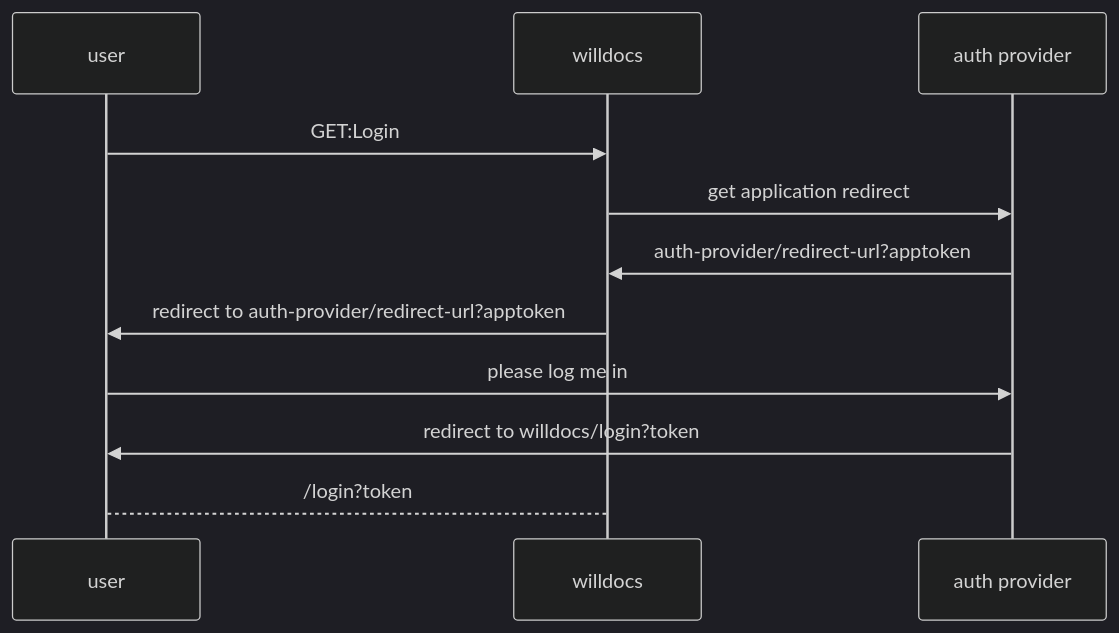
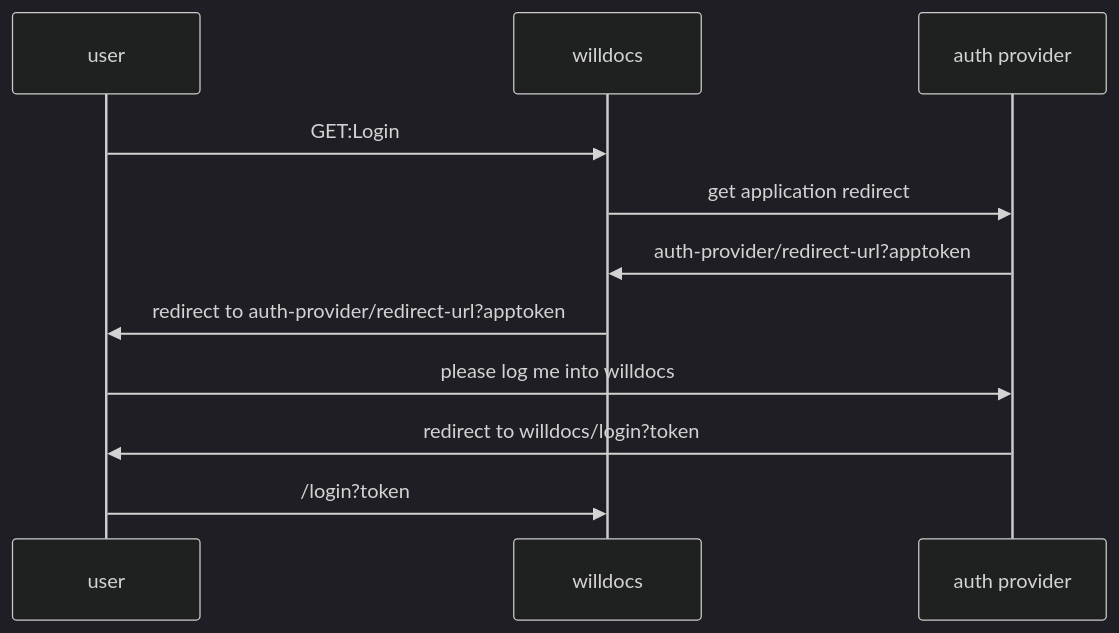
One commit to chewnoill/collaborative-editor changed the diagram in docs/todo/next-authentication-providers.md. Above: the diagram before and after it, drawn with Mermaid (dark theme).

````diff
--- a/docs/todo/next-authentication-providers.md
+++ b/docs/todo/next-authentication-providers.md
@@ -9,13 +9,13 @@
 ```mermaid
 
 sequenceDiagram
 
 user ->> willdocs: GET:Login
 willdocs ->> auth provider: get application redirect
 auth provider ->> willdocs: auth-provider/redirect-url?apptoken
 willdocs ->> user: redirect to auth-provider/redirect-url?apptoken
-user ->> auth provider: please log me in
+user ->> auth provider: please log me into willdocs
 auth provider ->> user: redirect to willdocs/login?token
-user --> willdocs: /login?token
+user ->> willdocs: /login?token
 
 ```
````
